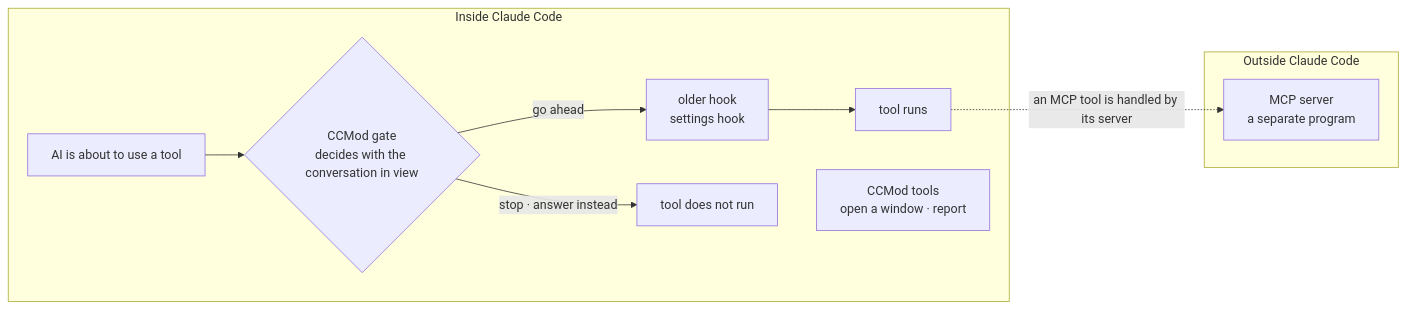
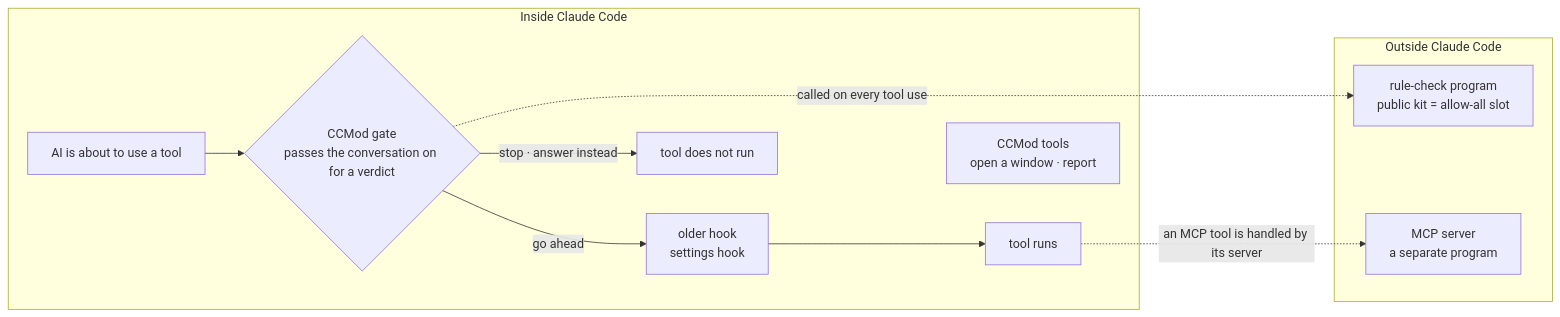
Before and after one commit to treylom/mod-for-slack: the second of 2 diagrams in docs/install.en.md, drawn with Mermaid. The commit also changed other lines of this file and 11 other files, not shown here.

````diff
--- a/docs/install.en.md
+++ b/docs/install.en.md
@@ -11,13 +30,15 @@
 ```mermaid
 flowchart LR
   subgraph IN["Inside Claude Code"]
-    A["AI is about to use a tool"] --> G{"CCMod gate<br/>decides with the conversation in view"}
+    A["AI is about to use a tool"] --> G{"CCMod gate<br/>passes the conversation on for a verdict"}
     G -- "go ahead" --> H["older hook<br/>settings hook"] --> T["tool runs"]
     G -- "stop · answer instead" --> X["tool does not run"]
     MT["CCMod tools<br/>open a window · report"]
   end
   subgraph OUT["Outside Claude Code"]
+    P["rule-check program<br/>public kit = allow-all slot"]
     M["MCP server<br/>a separate program"]
   end
+  G -. "called on every tool use" .-> P
   T -. "an MCP tool is handled by its server" .-> M
 ```
````
